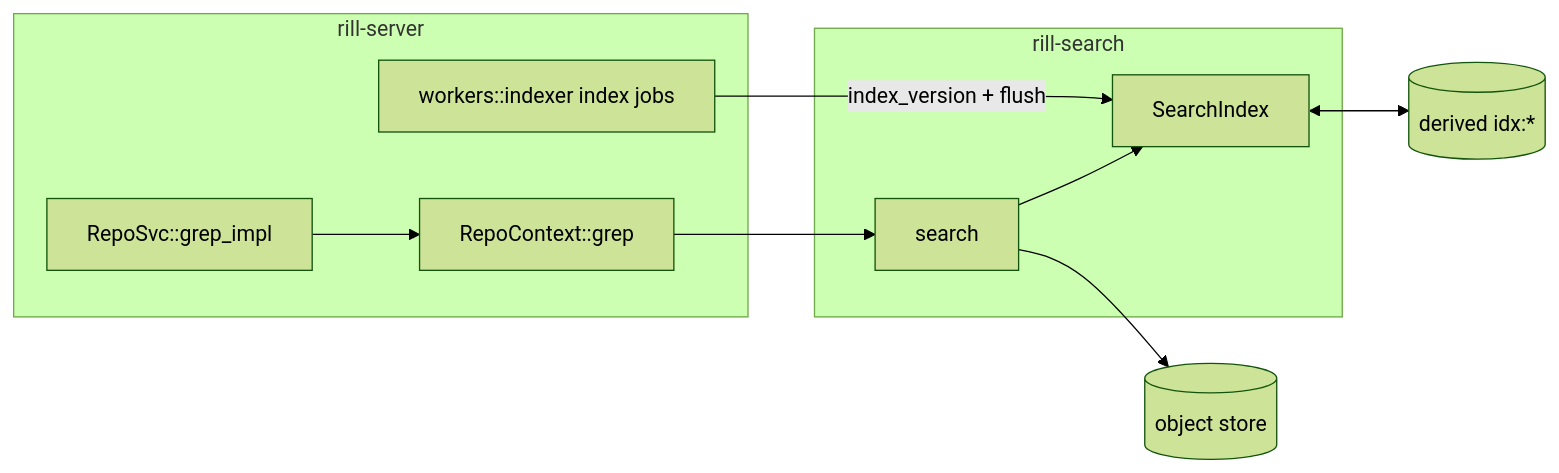
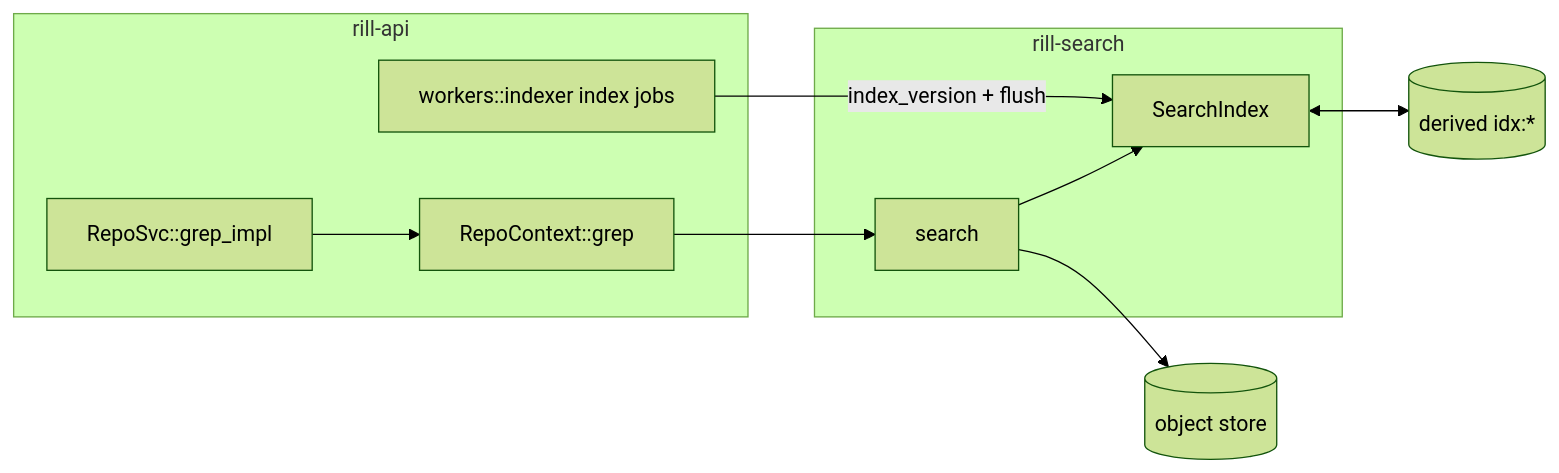
One commit to envoy1084/rill changed the first of 2 diagrams in architecture/06-services/search.md. Above: the diagram before and after it, drawn with Mermaid (forest theme). The commit also changed other lines of this file and 116 other files, not shown here.

First line of the commit message:
api,cli: rename rill-server to rill-api; rill dev and rill api replace the server binary

````diff
--- a/architecture/06-services/search.md
+++ b/architecture/06-services/search.md
@@ -9,15 +9,15 @@
 ```mermaid
 flowchart LR
-  subgraph server[rill-server]
+  subgraph server[rill-api]
     grep[RepoSvc::grep_impl] --> ctx[RepoContext::grep]
     idx[workers::indexer index jobs]
   end
   subgraph search[rill-search]
     si[SearchIndex]
     q[search]
   end
   ctx --> q --> si
   idx -->|index_version + flush| si
   si <--> derived[(derived idx:*)]
   q --> objects[(object store)]
 ```
````
